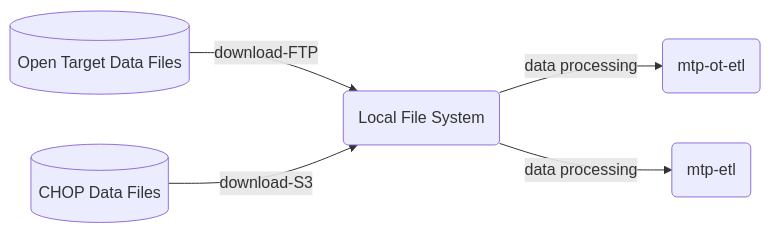
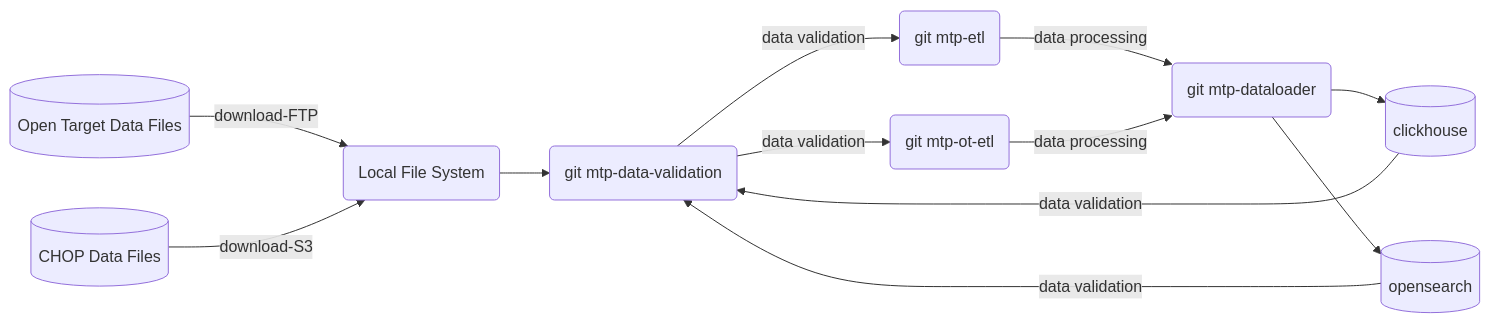
The first of 2 diagrams in README.md (CBIIT/ccdi-mtp-starter-kit), drawn with Mermaid before and after one commit. The commit also changed other lines of this file, not shown here.

````diff
--- a/README.md
+++ b/README.md
@@ -16,11 +35,20 @@
 ```mermaid
   flowchart LR
        id1[(Open Target Data Files)] -->|download-FTP|id3(Local File System)
-       id2[(CHOP Data Files)] -->|download-S3|id3(Local File System)
-       id3(Local File System) -->|data processing |id4(mtp-ot-etl)
-       id3(Local File System) -->|data processing |id5(mtp-etl)
-       click id5 "https://github.com/CBIIT/mtp-etl" "Go to mtp-etl" _blank
-       click id4 "https://github.com/CBIIT/mtp-ot-etl" "Go to mtp-ot-etl" _blank
+       id2[(CHOP Data Files)] -->|download-S3|id3("Local File System")
+       id3(Local File System) --> dv("git mtp-data-validation")
+       dv(git mtp-data-validation) -->|data validation|otetl("git mtp-ot-etl")
+       dv(git mtp-data-validation) -->|data validation|etl("git mtp-etl")
+       etl("git mtp-etl") --> |data processing |dl(" git mtp-dataloader")
+       otetl("git mtp-ot-etl")-->|data processing |dl("git mtp-dataloader")
+       dl("git mtp-dataloader")-->dbCH[(clickhouse)]
+       dl("git mtp-dataloader")-->dbOS[(opensearch)]
+       dbCH[(clickhouse)]-->|data validation|dv(git mtp-data-validation)
+       dbOS[(opensearch)]-->|data validation|dv(git mtp-data-validation)
        
-   
+       click dv "https://github.com/CBIIT/mtp-data-validation" "Go to mtp-data-validation" _blank
+       click otetl "https://github.com/CBIIT/mtp-ot-etl" "Go to mtp-ot-etl" _blank
+       click etl "https://github.com/CBIIT/mtp-etl" "Go to mtp-etl" _blank
+       click dl "https://github.com/CBIIT/mtp-dataloader" "Go to dataloader" _blank
+
 ```
````
